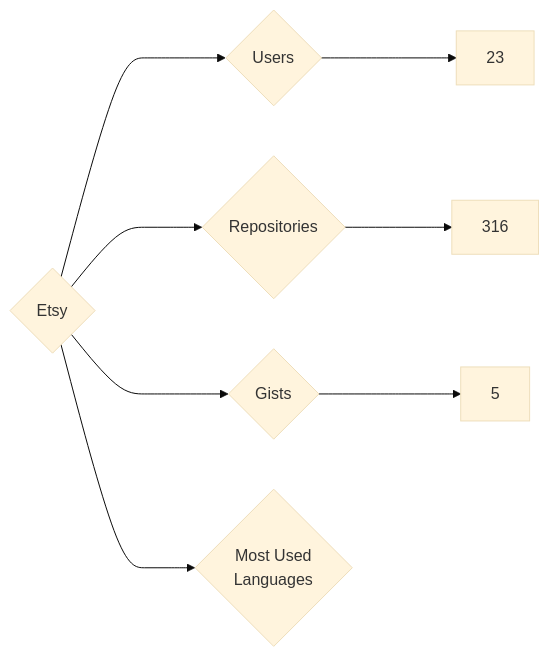
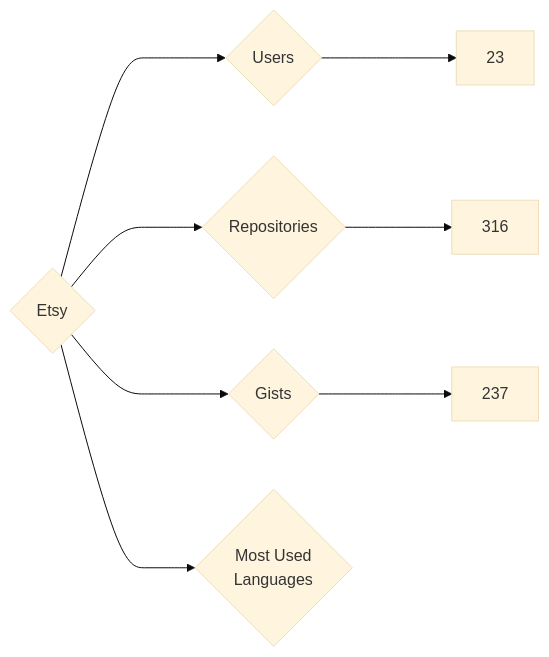
The diagram in targets/Etsy/README.md (nenadzaric/insiders), drawn with Mermaid (base theme) before and after one commit. The commit also changed 1342 other files, not shown here.

````diff
--- a/targets/Etsy/README.md
+++ b/targets/Etsy/README.md
@@ -3,8 +3,8 @@
 ```mermaid
 graph LR
 COMPANY_NAME{Etsy}
 COMPANY_NAME ---> U{Users} ---> UN[23]
 COMPANY_NAME ---> R{Repositories} ---> RN[316]
-COMPANY_NAME ---> G{Gists} ---> GN[5]
+COMPANY_NAME ---> G{Gists} ---> GN[237]
 COMPANY_NAME ---> ML{Most Used<br>Languages}
 ```
````
